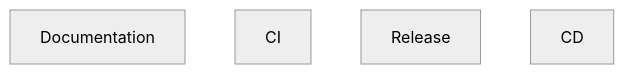
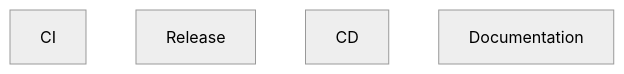
One commit to zepfu/llama-gguf-inference changed the seventh of 8 diagrams in docs/auto/ARCHITECTURE_AUTO.md. Above: the diagram before and after it, drawn with Mermaid (neutral theme). The commit also changed other lines of this file and 2 other files, not shown here.

Commit message:
docs: auto-update documentation [skip ci]

````diff
--- a/docs/auto/ARCHITECTURE_AUTO.md
+++ b/docs/auto/ARCHITECTURE_AUTO.md
@@ -212,7 +212,7 @@
 ```mermaid
 graph TD
-    docs[Documentation]
     ci[CI]
     release[Release]
     cd[CD]
+    docs[Documentation]
 ```
````
